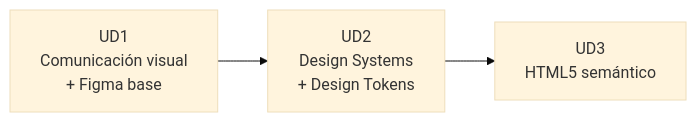
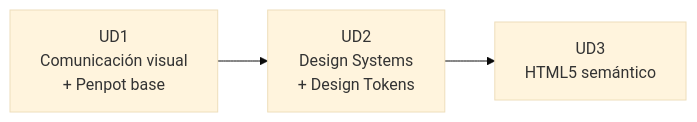
The tenth of 10 diagrams in docs/ud1.md (jmfiorisies/diw), drawn with Mermaid (base theme) before and after one commit. The commit also changed other lines of this file and 3 other files, not shown here.

````diff
--- a/docs/ud1.md
+++ b/docs/ud1.md
@@ -374,6 +464,6 @@
 ```mermaid
 flowchart LR
-    UD1["UD1<br/>Comunicación visual<br/>+ Figma base"] --> UD2["UD2<br/>Design Systems<br/>+ Design Tokens"]
+    UD1["UD1<br/>Comunicación visual<br/>+ Penpot base"] --> UD2["UD2<br/>Design Systems<br/>+ Design Tokens"]
     UD2 --> UD3["UD3<br/>HTML5 semántico"]
 
 ```
````
